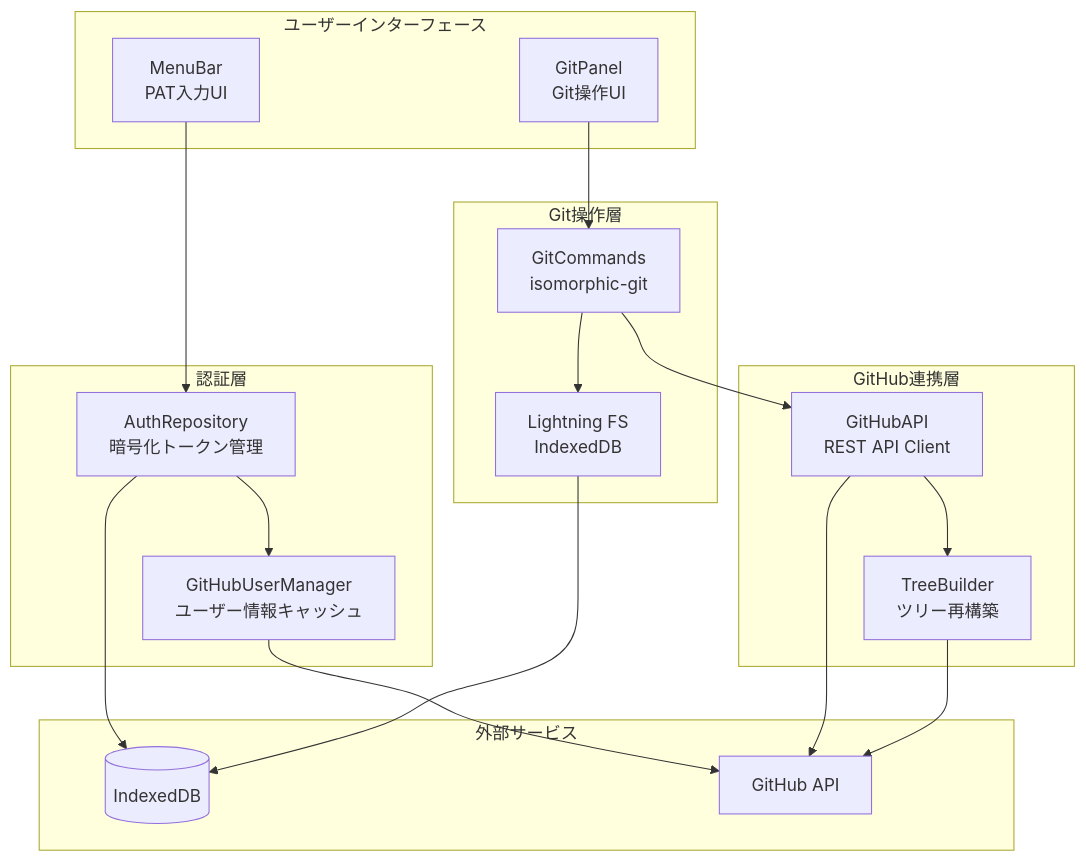
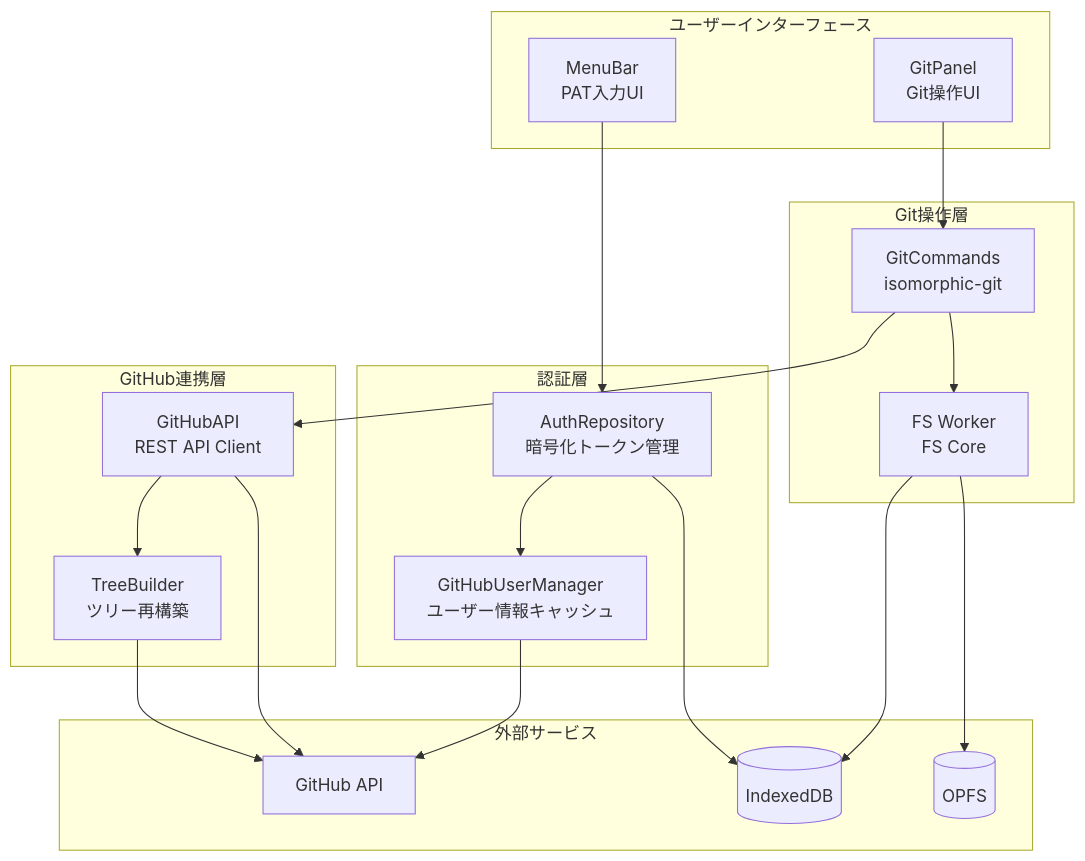
Before and after one commit to Stasshe/Pyxis-CodeCanvas: the first of 9 diagrams in docs/GITHUB-INTEGRATION.md, drawn with Mermaid. The commit also changed other lines of this file and 119 other files, not shown here.

````diff
--- a/docs/GITHUB-INTEGRATION.md
+++ b/docs/GITHUB-INTEGRATION.md
@@ -9,39 +9,41 @@
 ```mermaid
 graph TB
     subgraph "ユーザーインターフェース"
         A[MenuBar<br/>PAT入力UI]
         B[GitPanel<br/>Git操作UI]
     end
     
     subgraph "認証層"
         C[AuthRepository<br/>暗号化トークン管理]
         D[GitHubUserManager<br/>ユーザー情報キャッシュ]
     end
     
     subgraph "Git操作層"
         E[GitCommands<br/>isomorphic-git]
-        F[Lightning FS<br/>IndexedDB]
+        F[FS Worker<br/>FS Core]
     end
     
     subgraph "GitHub連携層"
         G[GitHubAPI<br/>REST API Client]
         H[TreeBuilder<br/>ツリー再構築]
     end
     
     subgraph "外部サービス"
         I[(IndexedDB)]
         J[GitHub API]
+        K[(OPFS)]
     end
     
     A --> C
     B --> E
     C --> I
     C --> D
     D --> J
     E --> F
+    F --> K
     E --> G
     F --> I
     G --> J
     G --> H
     H --> J
 ```
````
